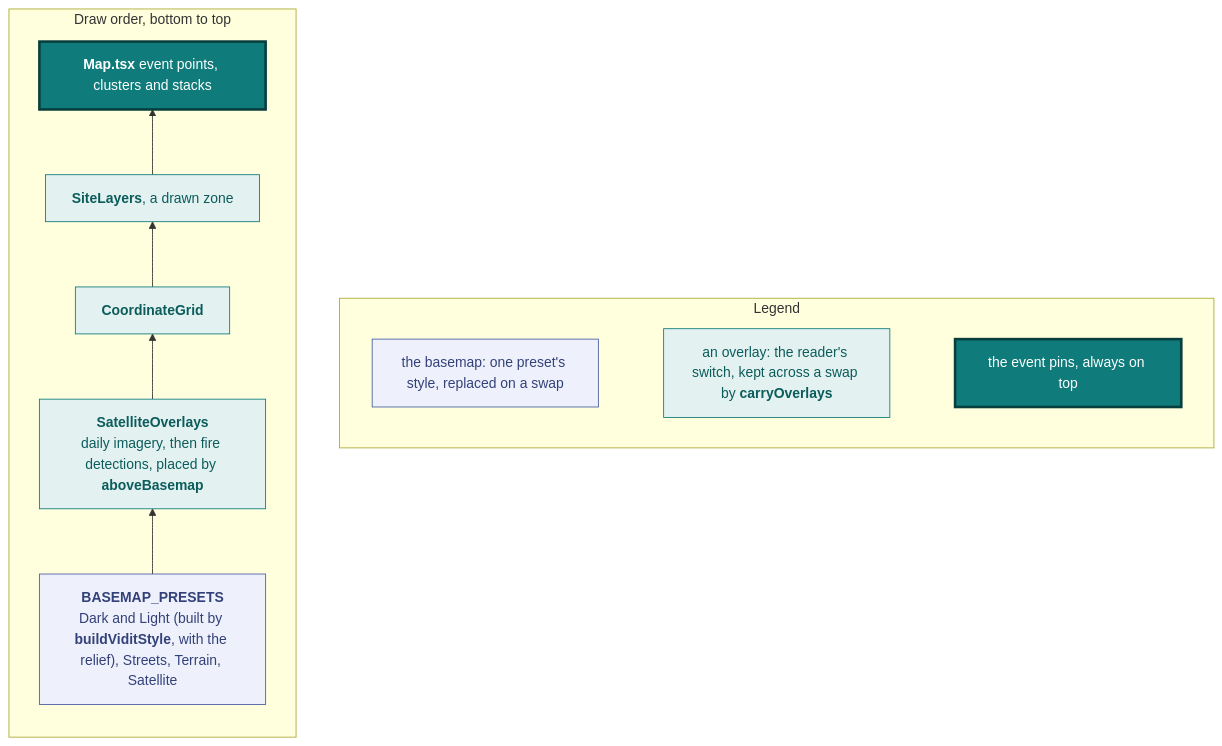
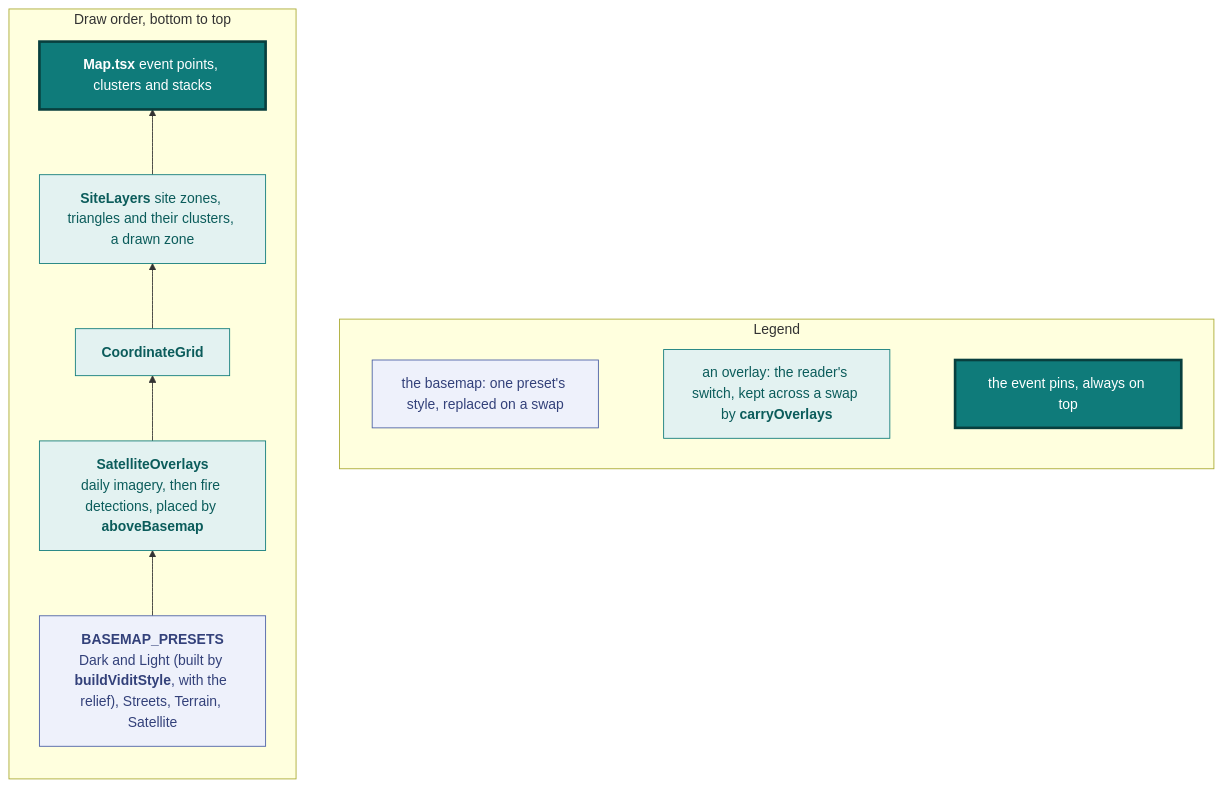
One commit to vidithq/vidit changed the second of 19 diagrams in docs/design.md. Above: the diagram before and after it, drawn with Mermaid. The commit also changed other lines of this file and 9 other files, not shown here.

First line of the commit message:
feat(map): draw sites in the event colour, as clustered triangles at low zoom

````diff
--- a/docs/design.md
+++ b/docs/design.md
@@ -180,26 +180,26 @@
 ```mermaid
 flowchart BT
   classDef spec fill:#eef1fb,stroke:#4a5fa5,color:#33417a
   classDef shared fill:#e3f2f1,stroke:#0f7b7a,color:#0b5c5b
   classDef core fill:#0f7b7a,stroke:#083f3e,stroke-width:3px,color:#ffffff
 
   subgraph legend [Legend]
     direction LR
     l1["`the basemap: one preset's style, replaced on a swap`"]:::spec
     l2["`an overlay: the reader's switch, kept across a swap by **carryOverlays**`"]:::shared
     l3["`the event pins, always on top`"]:::core
     l1 ~~~ l2 ~~~ l3
   end
 
   subgraph stack [Draw order, bottom to top]
     direction BT
     basemap["`**BASEMAP_PRESETS**
     Dark and Light (built by **buildViditStyle**, with the relief), Streets, Terrain, Satellite`"]:::spec
     imagery["`**SatelliteOverlays**
     daily imagery, then fire detections, placed by **aboveBasemap**`"]:::shared
     grid["`**CoordinateGrid**`"]:::shared
-    sites["`**SiteLayers**, a drawn zone`"]:::shared
+    sites["`**SiteLayers** site zones, triangles and their clusters, a drawn zone`"]:::shared
     pins["`**Map.tsx** event points, clusters and stacks`"]:::core
     basemap --> imagery --> grid --> sites --> pins
   end
 ```
````
